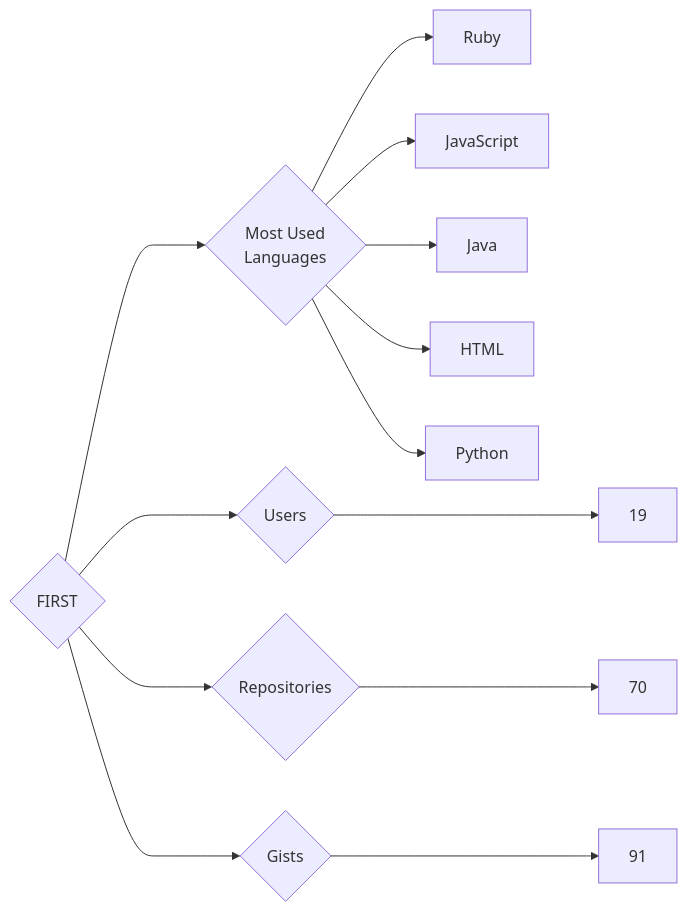
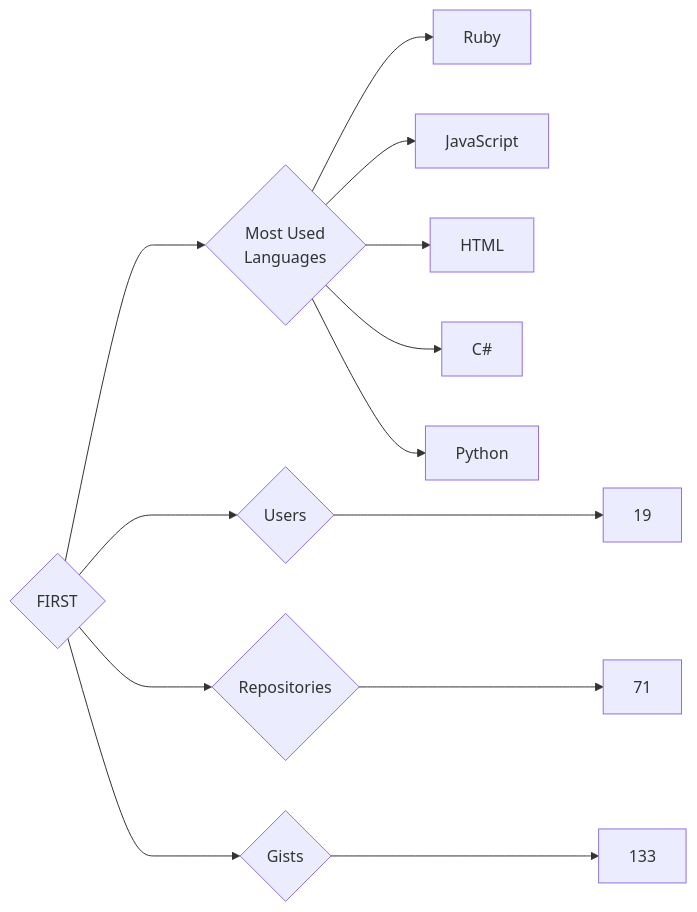
One commit to trickest/insiders changed the diagram in targets/FIRST/README.md. Above: the diagram before and after it, drawn with Mermaid. The commit also changed 891 other files, not shown here.

````diff
--- a/targets/FIRST/README.md
+++ b/targets/FIRST/README.md
@@ -3,13 +3,13 @@
 ```mermaid
 graph LR
 COMPANY_NAME{FIRST}
 COMPANY_NAME ---> U{Users} ---> UN[19]
-COMPANY_NAME ---> R{Repositories} ---> RN[70]
-COMPANY_NAME ---> G{Gists} ---> GN[91]
+COMPANY_NAME ---> R{Repositories} ---> RN[71]
+COMPANY_NAME ---> G{Gists} ---> GN[133]
 COMPANY_NAME ---> ML{Most Used<br>Languages}
 ML --> Ruby[Ruby]
 ML --> JavaScript[JavaScript]
-ML --> Java[Java]
 ML --> HTML[HTML]
+ML --> C#[C#]
 ML --> Python[Python]
 ```
````
